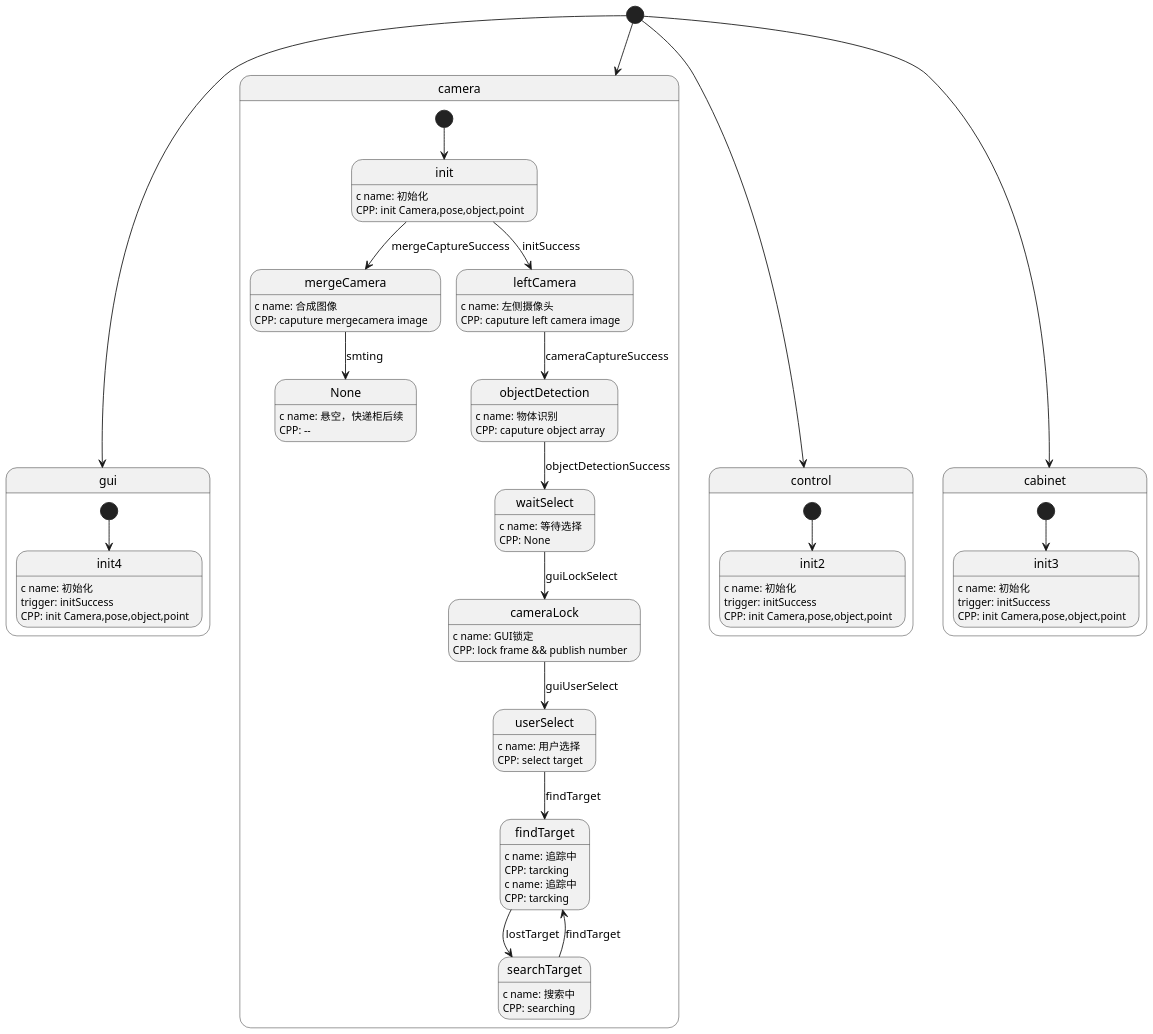
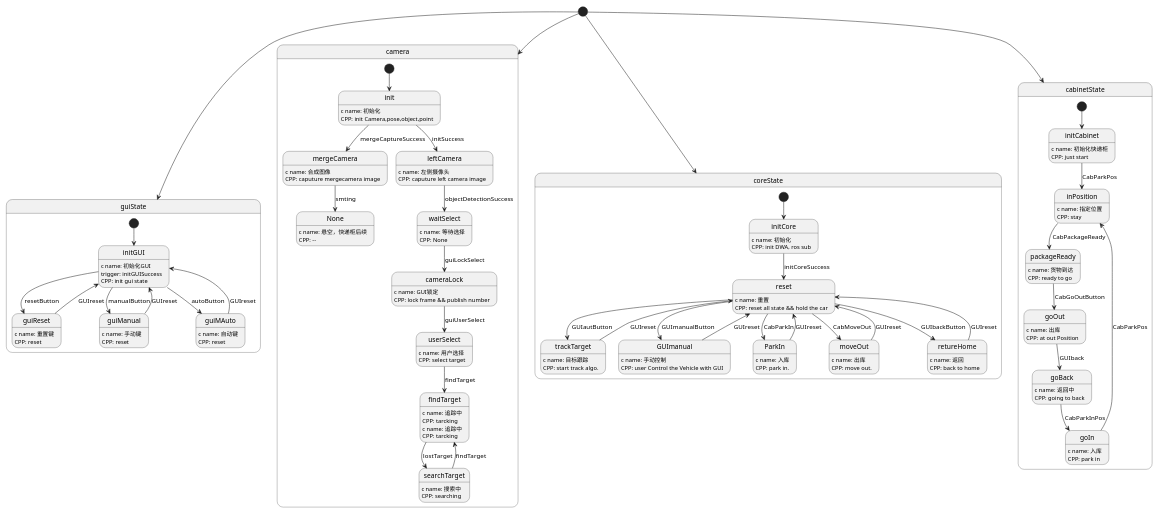
One commit to yifan-Technology/smart-car changed the diagram in StateMachine/test.plantuml. Above: the diagram before and after it, drawn with PlantUML. The commit also changed 1 other file, not shown here.

```diff
--- a/StateMachine/test.plantuml
+++ b/StateMachine/test.plantuml
@@ -1,85 +1,148 @@
 @startuml
 scale 1920 width
 
  
-[*] --> gui
+[*] --> guiState
 [*] --> camera
-[*] --> control
-[*] --> cabinet
+[*] --> coreState
+[*] --> cabinetState
 
-state gui{
-    [*] --> init4
-    init4: c name: 初始化
-    init4 : trigger: initSuccess
-    init4 : CPP: init Camera,pose,object,point
+state guiState{
+    [*] --> initGUI
+    initGUI: c name: 初始化GUI
+    initGUI : trigger: initGUISuccess
+    initGUI : CPP: init gui state
 
-    ' init4 --> 
+    
+    initGUI --> guiReset: resetButton
+    guiReset: c name: 重置键
+    guiReset: CPP: reset
+    guiReset --> initGUI: GUIreset
+
+    initGUI --> guiManual: manualButton
+    guiManual: c name: 手动键
+    guiManual: CPP: reset
+    guiManual --> initGUI: GUIreset
+
+    initGUI --> guiMAuto: autoButton
+    guiMAuto: c name: 自动键
+    guiMAuto: CPP: reset
+    guiMAuto --> initGUI: GUIreset
+
+
 }
 
 state camera{
 
     [*] --> init
     init : c name: 初始化
     init : CPP: init Camera,pose,object,point
 
     init --> mergeCamera : mergeCaptureSuccess
     mergeCamera: c name: 合成图像
     mergeCamera: CPP: caputure mergecamera image
 
     mergeCamera --> None: smting
     None: c name: 悬空，快递柜后续
     None: CPP: --
 
     init --> leftCamera : initSuccess
     leftCamera: c name: 左侧摄像头
     leftCamera: CPP: caputure left camera image
 
 
-    leftCamera --> objectDetection : cameraCaptureSuccess
-    objectDetection: c name: 物体识别
-    objectDetection: CPP: caputure object array
-
-    objectDetection --> waitSelect : objectDetectionSuccess
+    leftCamera --> waitSelect : objectDetectionSuccess
     waitSelect: c name: 等待选择
     waitSelect: CPP: None
 
     waitSelect --> cameraLock: guiLockSelect
     cameraLock: c name: GUI锁定
     cameraLock: CPP: lock frame && publish number
 
     cameraLock--> userSelect: guiUserSelect
     userSelect: c name: 用户选择
     userSelect: CPP: select target
 
     userSelect--> findTarget: findTarget
     findTarget: c name: 追踪中
     findTarget: CPP: tarcking
 
-    ' userSelect--> searchTarget: lostTarget
-    ' searchTarget: c name: 搜索中
-    ' searchTarget: CPP: searching
-
     searchTarget--> findTarget: findTarget
     findTarget: c name: 追踪中
     findTarget: CPP: tarcking
 
     findTarget--> searchTarget: lostTarget
     searchTarget: c name: 搜索中
     searchTarget: CPP: searching
 }
 
-state control{
-    [*] --> init2
-    init2 : c name: 初始化
-    init2 : trigger: initSuccess
-    init2 : CPP: init Camera,pose,object,point
+state coreState{
+    [*] --> initCore
+    initCore : c name: 初始化
+    initCore : CPP: init DWA, ros sub
+
+    initCore --> reset: initCoreSuccess
+    reset : c name: 重置
+    reset : CPP: reset all state && hold the car 
+
+    reset --> trackTarget: GUIautButton
+    trackTarget : c name: 目标跟踪
+    trackTarget : CPP: start track algo. 
+    trackTarget --> reset: GUIreset
+
+    reset --> GUImanual: GUImanualButton
+    GUImanual : c name: 手动控制
+    GUImanual : CPP: user Control the Vehicle with GUI 
+    GUImanual --> reset: GUIreset
+
+    reset --> ParkIn: CabParkIn
+    ParkIn : c name: 入库
+    ParkIn : CPP: park in. 
+    ParkIn --> reset: GUIreset
+
+    reset --> moveOut: CabMoveOut
+    moveOut : c name: 出库
+    moveOut : CPP: move out. 
+    moveOut --> reset: GUIreset
+
+    reset --> retureHome: GUIbackButton  
+    retureHome : c name: 返回
+    retureHome : CPP: back to home 
+    retureHome --> reset: GUIreset
+
+
+
 }
 
 
-state cabinet{
-    [*] --> init3
-    init3 : c name: 初始化
-    init3 : trigger: initSuccess
-    init3 : CPP: init Camera,pose,object,point
+state cabinetState{
+    [*] --> initCabinet
+    initCabinet : c name: 初始化快递柜
+    initCabinet : CPP: just start
+
+    initCabinet --> inPosition: CabParkPos  
+    inPosition : c name: 指定位置
+    inPosition : CPP: stay
+
+    inPosition --> packageReady: CabPackageReady
+    packageReady : c name: 货物到达
+    packageReady : CPP: ready to go
+
+    packageReady --> goOut: CabGoOutButton  
+    goOut : c name: 出库
+    goOut : CPP: at out Position
+
+    goOut --> goBack: GUIback  
+    goBack : c name: 返回中
+    goBack : CPP: going to back
+
+    goBack --> goIn: CabParkInPos  
+    goIn : c name: 入库
+    goIn : CPP: park in
+
+    goIn --> inPosition: CabParkPos 
+
+
+
 }
 @enduml
```
